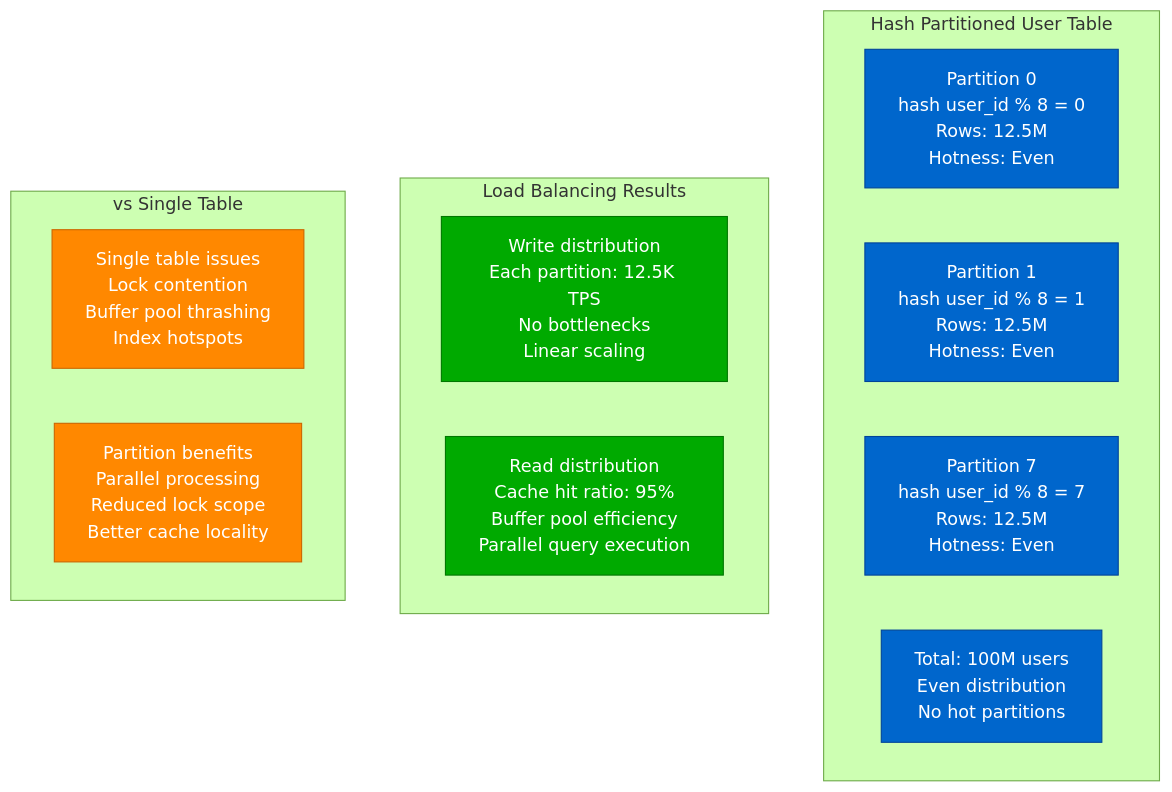
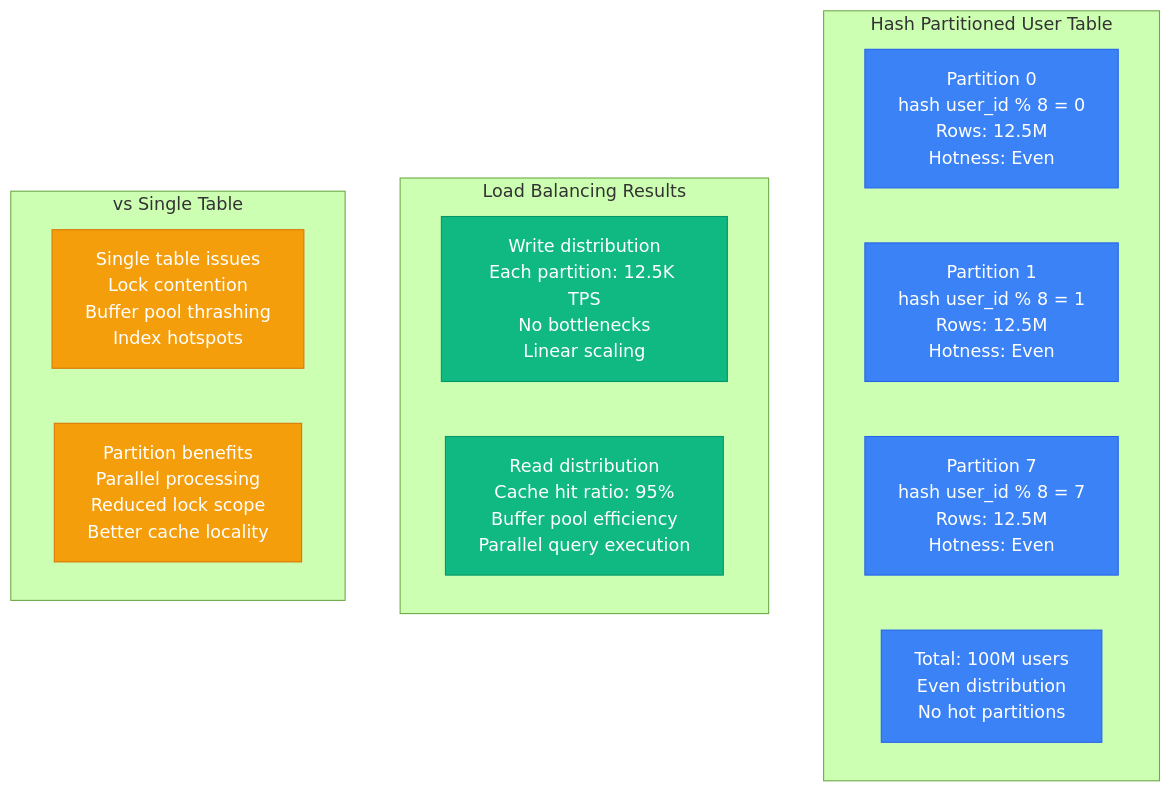
One commit to deepaucksharma/DS changed the sixth of 11 diagrams in site/docs/performance/mysql-performance-profile.md. Above: the diagram before and after it, drawn with Mermaid (forest theme). The commit also changed other lines of this file and 303 other files, not shown here.

````diff
--- a/site/docs/performance/mysql-performance-profile.md
+++ b/site/docs/performance/mysql-performance-profile.md
@@ -254,32 +254,32 @@
 ```mermaid
 graph TB
     subgraph "Hash Partitioned User Table"
         H1[Partition 0<br/>hash user_id % 8 = 0<br/>Rows: 12.5M<br/>Hotness: Even]
 
         H2[Partition 1<br/>hash user_id % 8 = 1<br/>Rows: 12.5M<br/>Hotness: Even]
 
         H3[Partition 7<br/>hash user_id % 8 = 7<br/>Rows: 12.5M<br/>Hotness: Even]
 
         H4[Total: 100M users<br/>Even distribution<br/>No hot partitions]
     end
 
     subgraph "Load Balancing Results"
         L1[Write distribution<br/>Each partition: 12.5K TPS<br/>No bottlenecks<br/>Linear scaling]
 
         L2[Read distribution<br/>Cache hit ratio: 95%<br/>Buffer pool efficiency<br/>Parallel query execution]
     end
 
     subgraph "vs Single Table"
         S1[Single table issues<br/>Lock contention<br/>Buffer pool thrashing<br/>Index hotspots]
 
         S2[Partition benefits<br/>Parallel processing<br/>Reduced lock scope<br/>Better cache locality]
     end
 
-    classDef hashStyle fill:#0066CC,stroke:#004499,color:#fff
-    classDef loadStyle fill:#00AA00,stroke:#007700,color:#fff
-    classDef compStyle fill:#FF8800,stroke:#CC6600,color:#fff
+    classDef hashStyle fill:#3B82F6,stroke:#2563EB,color:#fff
+    classDef loadStyle fill:#10B981,stroke:#059669,color:#fff
+    classDef compStyle fill:#F59E0B,stroke:#D97706,color:#fff
 
     class H1,H2,H3,H4 hashStyle
     class L1,L2 loadStyle
     class S1,S2 compStyle
 ```
````
